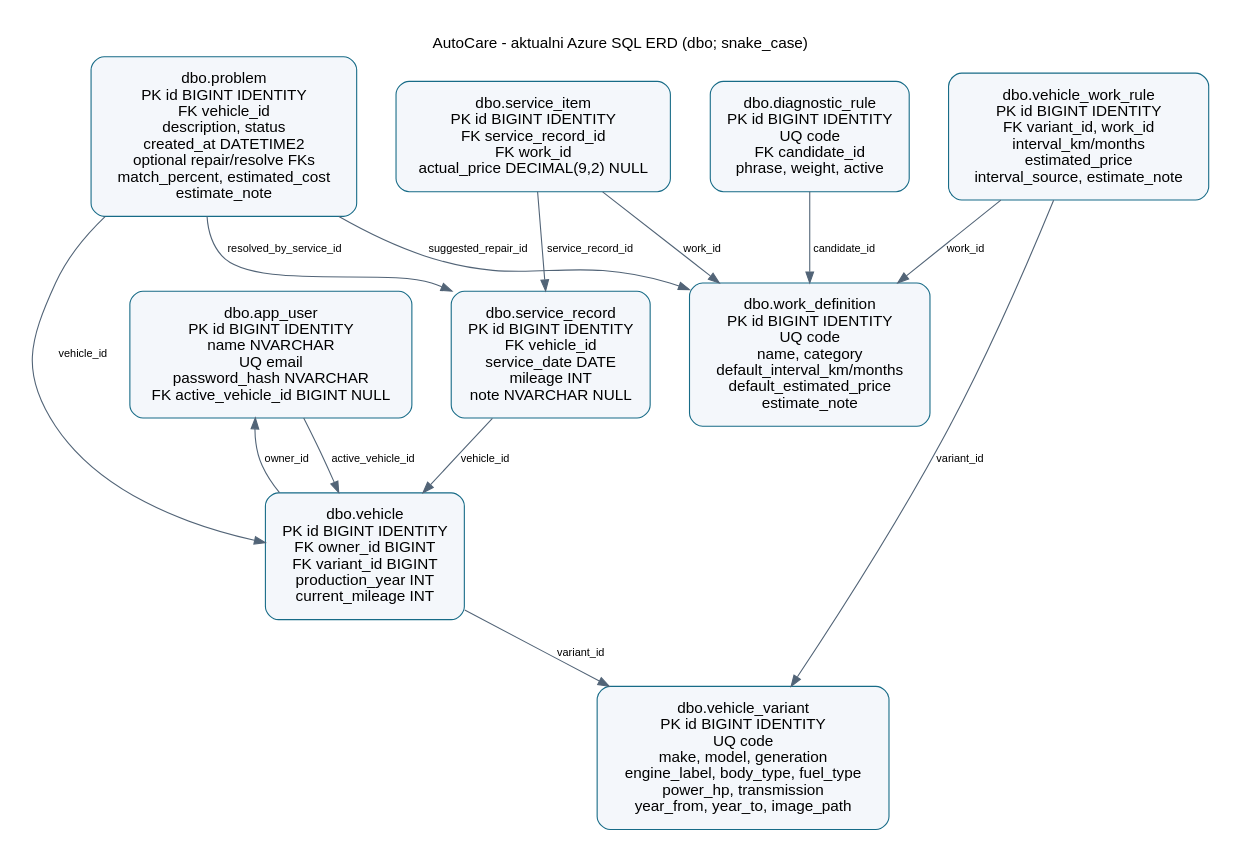
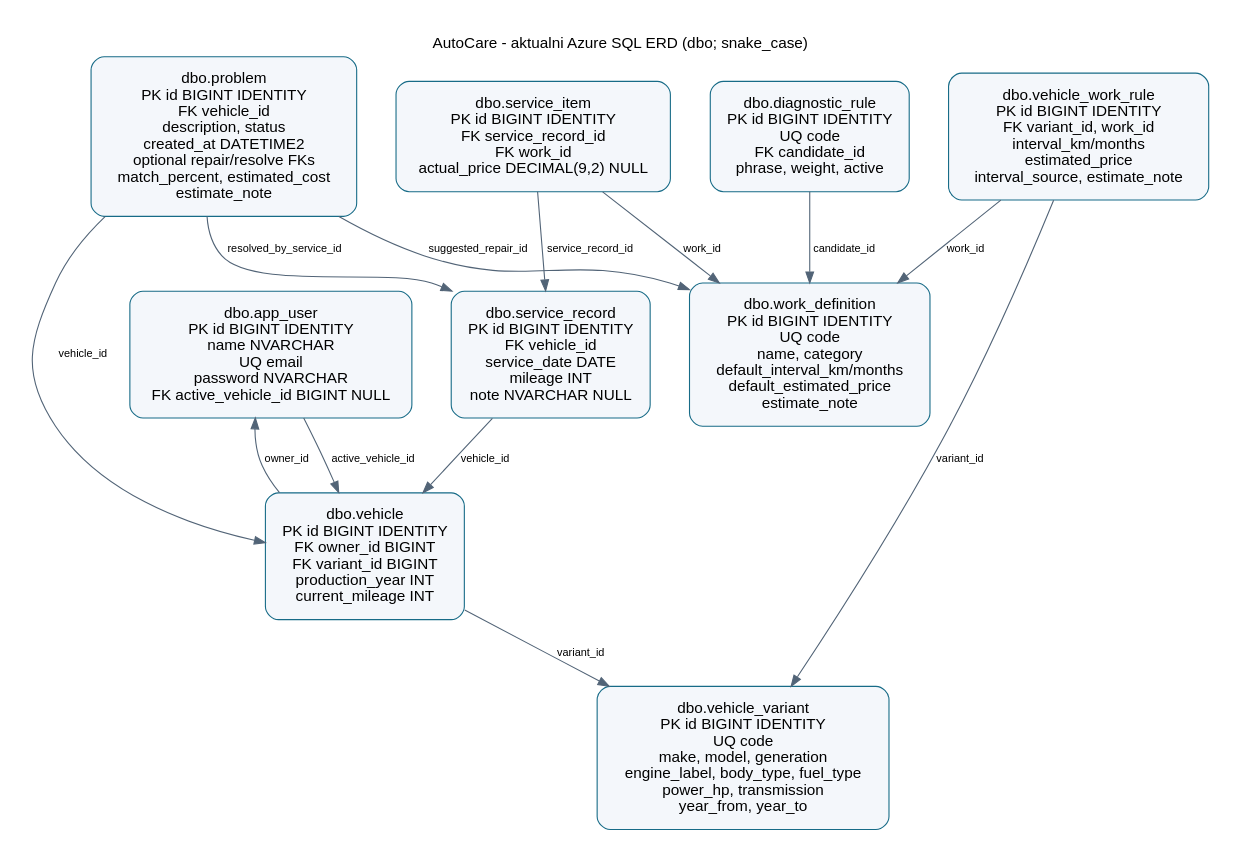
The diagram in docs/erd.dot (KarloLerga/AutoCare), drawn with Graphviz before and after one commit. The commit also changed 26 other files, not shown here.

```diff
--- a/docs/erd.dot
+++ b/docs/erd.dot
@@ -1,28 +1,28 @@
 digraph AutoCareErD {
     graph [rankdir=TB, bgcolor="white", pad="0.3", nodesep="0.5", ranksep="0.7", fontname="Helvetica", label="AutoCare - aktualni Azure SQL ERD (dbo; snake_case)", labelloc=t];
     node [fontname="Helvetica", shape=box, style="rounded,filled", fillcolor="#F4F7FB", color="#176B87", margin="0.18"];
     edge [fontname="Helvetica", fontsize=10, color="#526477"];
 
-    app_user [label="dbo.app_user\nPK id BIGINT IDENTITY\nname NVARCHAR\nUQ email\npassword_hash NVARCHAR\nFK active_vehicle_id BIGINT NULL"];
-    vehicle_variant [label="dbo.vehicle_variant\nPK id BIGINT IDENTITY\nUQ code\nmake, model, generation\nengine_label, body_type, fuel_type\npower_hp, transmission\nyear_from, year_to, image_path"];
+    app_user [label="dbo.app_user\nPK id BIGINT IDENTITY\nname NVARCHAR\nUQ email\npassword NVARCHAR\nFK active_vehicle_id BIGINT NULL"];
+    vehicle_variant [label="dbo.vehicle_variant\nPK id BIGINT IDENTITY\nUQ code\nmake, model, generation\nengine_label, body_type, fuel_type\npower_hp, transmission\nyear_from, year_to"];
     vehicle [label="dbo.vehicle\nPK id BIGINT IDENTITY\nFK owner_id BIGINT\nFK variant_id BIGINT\nproduction_year INT\ncurrent_mileage INT"];
     work_definition [label="dbo.work_definition\nPK id BIGINT IDENTITY\nUQ code\nname, category\ndefault_interval_km/months\ndefault_estimated_price\nestimate_note"];
     vehicle_work_rule [label="dbo.vehicle_work_rule\nPK id BIGINT IDENTITY\nFK variant_id, work_id\ninterval_km/months\nestimated_price\ninterval_source, estimate_note"];
     service_record [label="dbo.service_record\nPK id BIGINT IDENTITY\nFK vehicle_id\nservice_date DATE\nmileage INT\nnote NVARCHAR NULL"];
     service_item [label="dbo.service_item\nPK id BIGINT IDENTITY\nFK service_record_id\nFK work_id\nactual_price DECIMAL(9,2) NULL"];
     problem [label="dbo.problem\nPK id BIGINT IDENTITY\nFK vehicle_id\ndescription, status\ncreated_at DATETIME2\noptional repair/resolve FKs\nmatch_percent, estimated_cost\nestimate_note"];
     diagnostic_rule [label="dbo.diagnostic_rule\nPK id BIGINT IDENTITY\nUQ code\nFK candidate_id\nphrase, weight, active"];
 
     app_user -> vehicle [label="active_vehicle_id"];
     vehicle -> app_user [label="owner_id"];
     vehicle -> vehicle_variant [label="variant_id"];
     vehicle_work_rule -> vehicle_variant [label="variant_id"];
     vehicle_work_rule -> work_definition [label="work_id"];
     service_record -> vehicle [label="vehicle_id"];
     service_item -> service_record [label="service_record_id"];
     service_item -> work_definition [label="work_id"];
     problem -> vehicle [label="vehicle_id"];
     problem -> work_definition [label="suggested_repair_id"];
     problem -> service_record [label="resolved_by_service_id"];
     diagnostic_rule -> work_definition [label="candidate_id"];
 }
```
